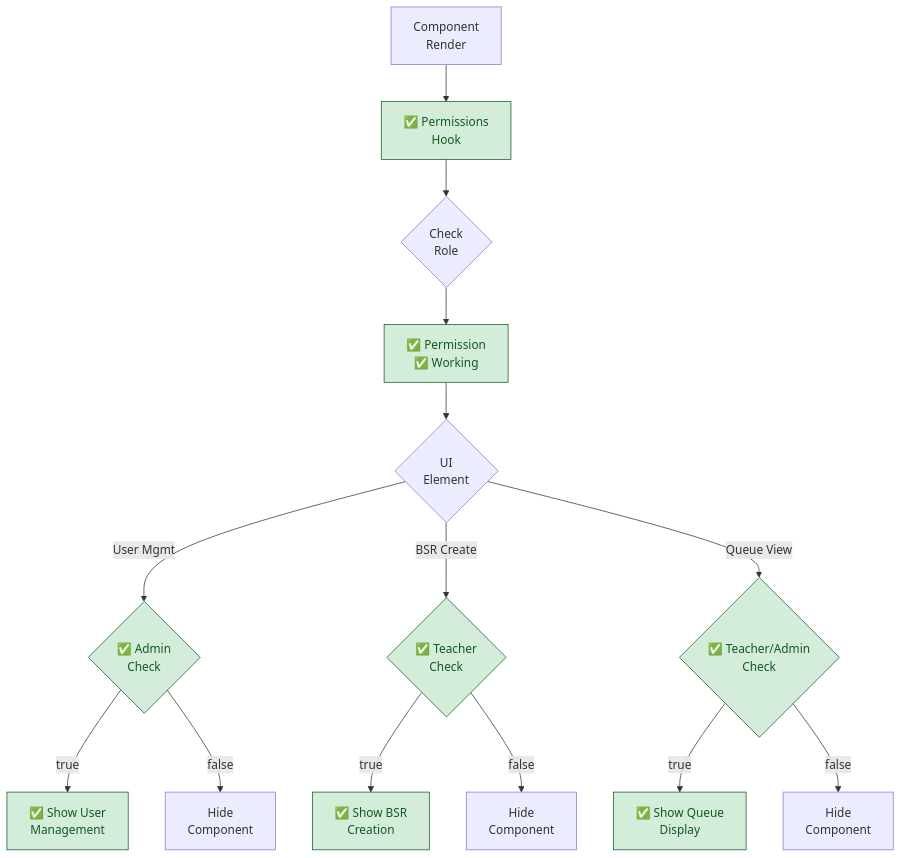
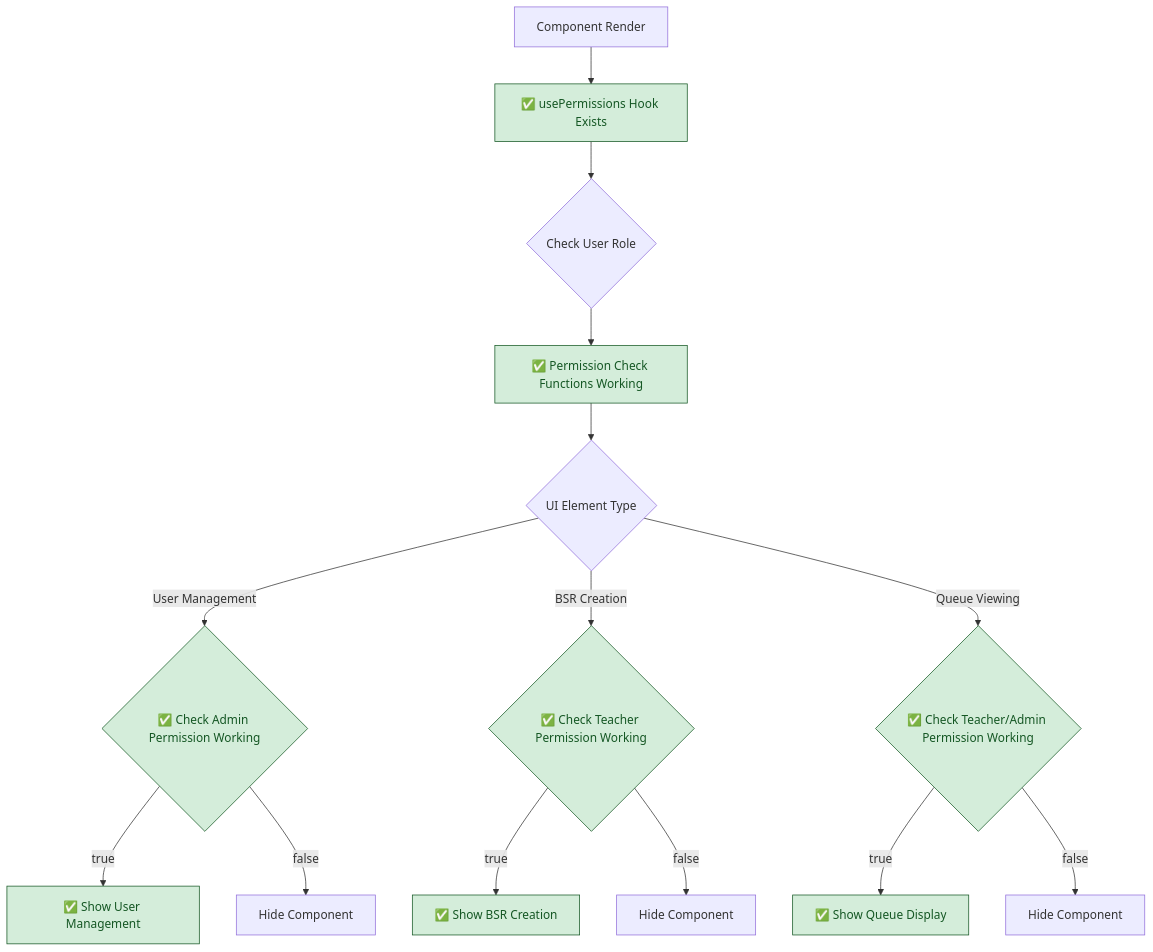
One commit to Splurfa/bx-os changed the third of 4 diagrams in docs/flowcharts/Current-State/01-current-authentication-complete.md. Above: the diagram before and after it, drawn with Mermaid. The commit also changed other lines of this file and 7 other files, not shown here.

Commit message:
Fix Mermaid text wrapping

````diff
--- a/docs/flowcharts/Current-State/01-current-authentication-complete.md
+++ b/docs/flowcharts/Current-State/01-current-authentication-complete.md
@@ -64,24 +64,24 @@
 ```mermaid
 flowchart TD
-    A[Component<br/>Render] --> B[✅ Permissions<br/>Hook]
-    B --> C{Check<br/>Role}
-    C --> D[✅ Permission<br/>✅ Working]
+    A["`Component Render`"] --> B["`✅ usePermissions Hook Exists`"]
+    B --> C{"`Check User Role`"}
+    C --> D["`✅ Permission Check Functions Working`"]
     
-    D --> E{UI<br/>Element}
-    E -->|User Mgmt| F{✅ Admin<br/>Check}
-    E -->|BSR Create| G{✅ Teacher<br/>Check}
-    E -->|Queue View| H{✅ Teacher/Admin<br/>Check}
+    D --> E{"`UI Element Type`"}
+    E -->|User Management| F{"`✅ Check Admin Permission Working`"}
+    E -->|BSR Creation| G{"`✅ Check Teacher Permission Working`"}
+    E -->|Queue Viewing| H{"`✅ Check Teacher/Admin Permission Working`"}
     
-    F -->|true| I[✅ Show User<br/>Management]
-    F -->|false| J[Hide<br/>Component]
+    F -->|true| I["`✅ Show User Management`"]
+    F -->|false| J["`Hide Component`"]
     
-    G -->|true| K[✅ Show BSR<br/>Creation]
-    G -->|false| L[Hide<br/>Component]
+    G -->|true| K["`✅ Show BSR Creation`"]
+    G -->|false| L["`Hide Component`"]
     
-    H -->|true| M[✅ Show Queue<br/>Display]
-    H -->|false| N[Hide<br/>Component]
+    H -->|true| M["`✅ Show Queue Display`"]
+    H -->|false| N["`Hide Component`"]
     
     classDef working fill:#d4edda,stroke:#155724,color:#155724
     
     class B,D,F,G,H,I,K,M working
 ```
````
